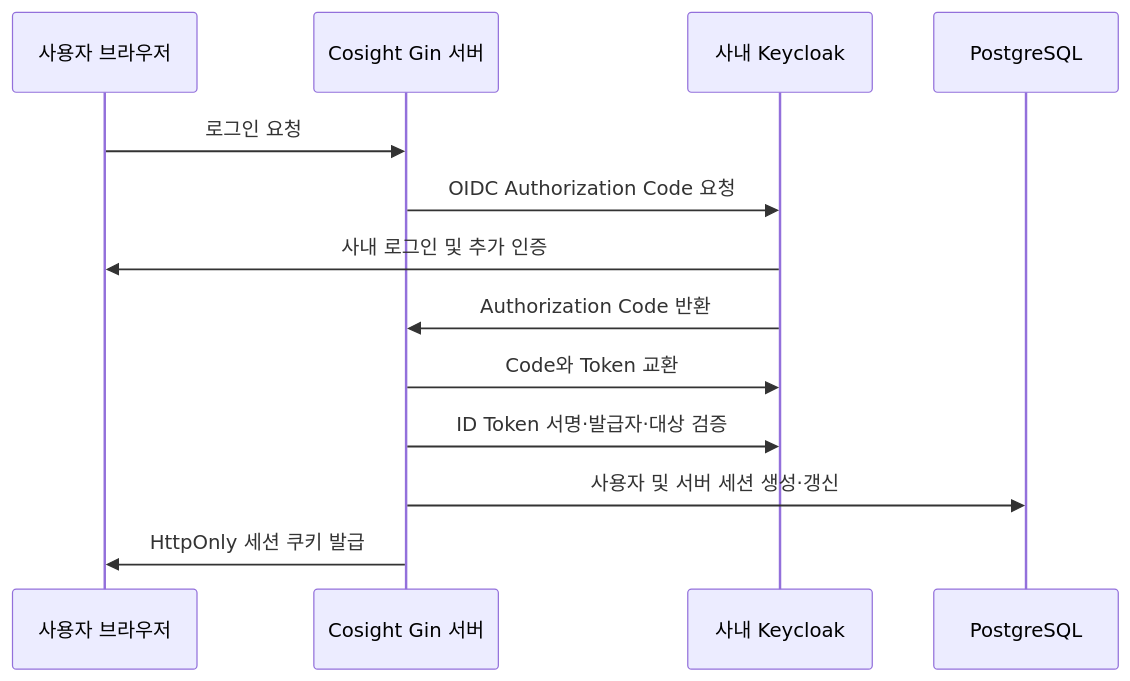
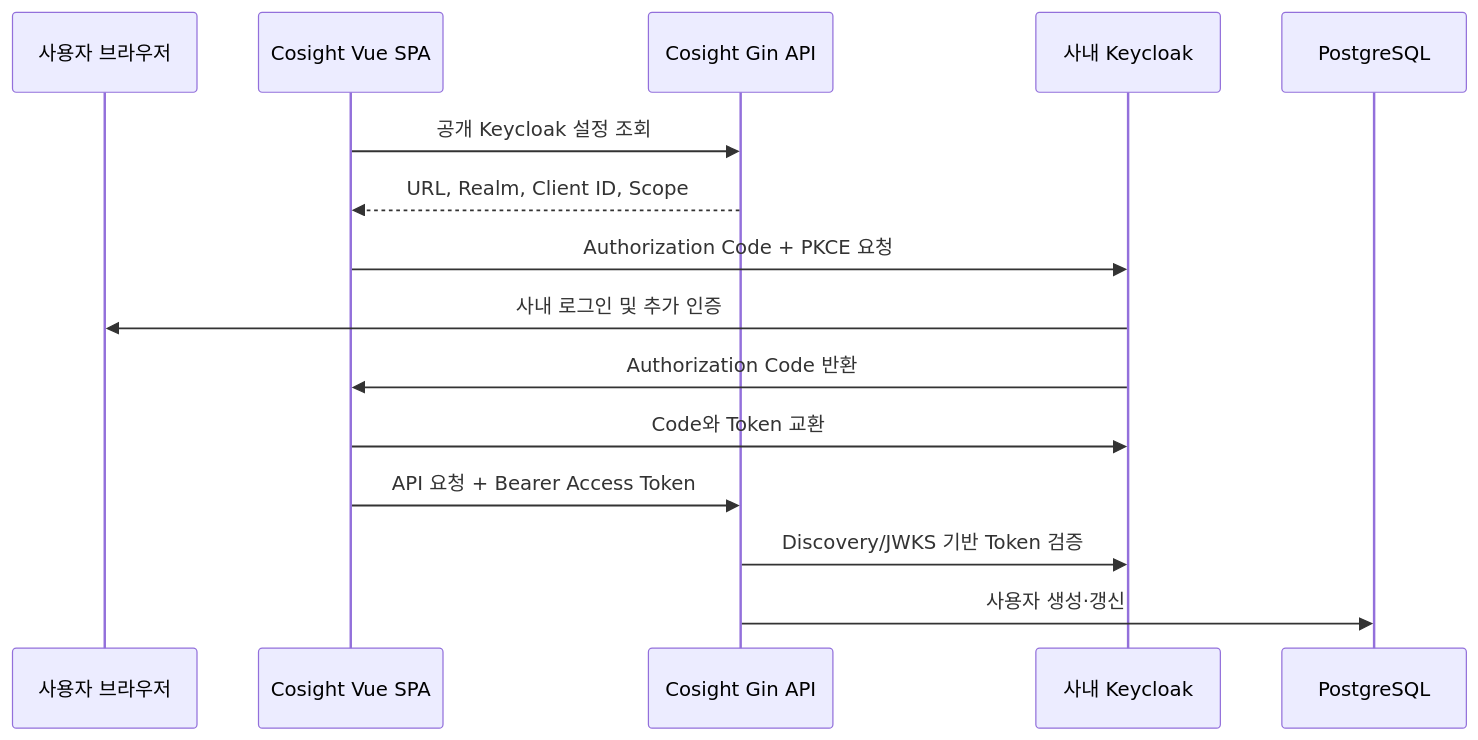
One commit to ddam2k/cosight changed the sixth of 9 diagrams in DESIGN.md. Above: the diagram before and after it, drawn with Mermaid. The commit also changed other lines of this file and 27 other files, not shown here.

Commit message:
feat: implement Keycloak token authentication

````diff
--- a/DESIGN.md
+++ b/DESIGN.md
@@ -1830,16 +1830,18 @@
 ```mermaid
 sequenceDiagram
     participant User as 사용자 브라우저
-    participant Gin as Cosight Gin 서버
+    participant Vue as Cosight Vue SPA
+    participant Gin as Cosight Gin API
     participant KC as 사내 Keycloak
     participant DB as PostgreSQL
 
-    User->>Gin: 로그인 요청
-    Gin->>KC: OIDC Authorization Code 요청
+    Vue->>Gin: 공개 Keycloak 설정 조회
+    Gin-->>Vue: URL, Realm, Client ID, Scope
+    Vue->>KC: Authorization Code + PKCE 요청
     KC->>User: 사내 로그인 및 추가 인증
-    KC->>Gin: Authorization Code 반환
-    Gin->>KC: Code와 Token 교환
-    Gin->>KC: ID Token 서명·발급자·대상 검증
-    Gin->>DB: 사용자 및 서버 세션 생성·갱신
-    Gin->>User: HttpOnly 세션 쿠키 발급
+    KC->>Vue: Authorization Code 반환
+    Vue->>KC: Code와 Token 교환
+    Vue->>Gin: API 요청 + Bearer Access Token
+    Gin->>KC: Discovery/JWKS 기반 Token 검증
+    Gin->>DB: 사용자 생성·갱신
 ```
````
